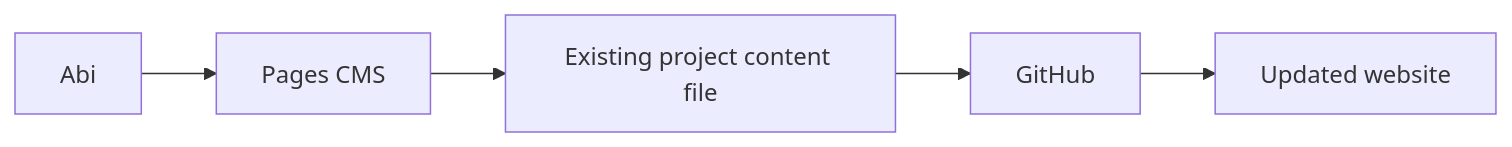
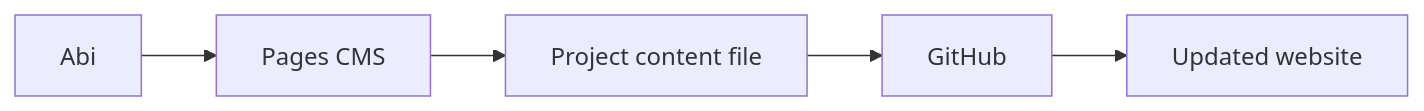
Before and after one commit to abicaride/abicaride.com: the second of 6 diagrams in docs/WORKFLOW.md, drawn with Mermaid. The commit also changed other lines of this file and 8 other files, not shown here.

````diff
--- a/docs/WORKFLOW.md
+++ b/docs/WORKFLOW.md
@@ -57,7 +57,7 @@
 ```mermaid
 flowchart LR
     ABI["Abi"] --> CMS["Pages CMS"]
-    CMS --> FILE["Existing project content file"]
+    CMS --> FILE["Project content file"]
     FILE --> GIT["GitHub"]
     GIT --> SITE["Updated website"]
 ```
````
